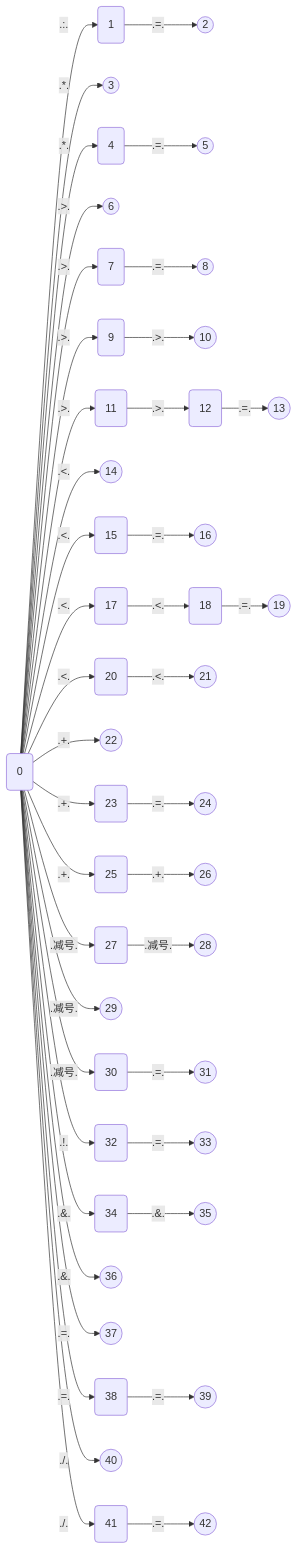
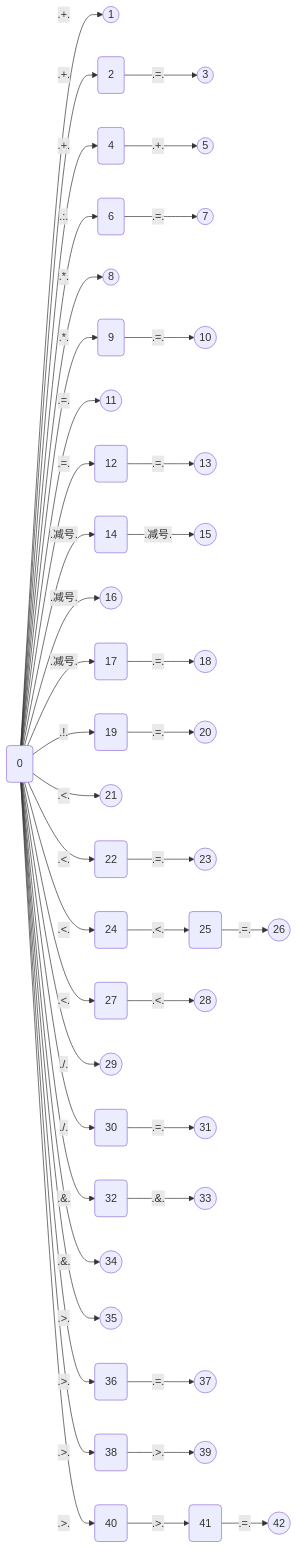
Before and after one commit to Lxy417165709/translater: the diagram in doc/gen/LexicalInformation/stateMachine/O 状态机.md, drawn with Mermaid. The commit also changed 24 other files, not shown here.

````diff
--- a/doc/gen/LexicalInformation/stateMachine/O 状态机.md
+++ b/doc/gen/LexicalInformation/stateMachine/O 状态机.md
@@ -1,45 +1,45 @@
 ```mermaid
 graph LR
-id:1(1) -- .=. --> id:2((2))
-id:0(0) -- .:. --> id:1(1)
-id:0(0) -- .*. --> id:3((3))
-id:4(4) -- .=. --> id:5((5))
-id:0(0) -- .*. --> id:4(4)
-id:0(0) -- .>. --> id:6((6))
-id:7(7) -- .=. --> id:8((8))
-id:0(0) -- .>. --> id:7(7)
-id:9(9) -- .>. --> id:10((10))
-id:0(0) -- .>. --> id:9(9)
+id:0(0) -- .+. --> id:1((1))
+id:2(2) -- .=. --> id:3((3))
+id:0(0) -- .+. --> id:2(2)
+id:4(4) -- .+. --> id:5((5))
+id:0(0) -- .+. --> id:4(4)
+id:6(6) -- .=. --> id:7((7))
+id:0(0) -- .:. --> id:6(6)
+id:0(0) -- .*. --> id:8((8))
+id:9(9) -- .=. --> id:10((10))
+id:0(0) -- .*. --> id:9(9)
+id:0(0) -- .=. --> id:11((11))
 id:12(12) -- .=. --> id:13((13))
-id:11(11) -- .>. --> id:12(12)
-id:0(0) -- .>. --> id:11(11)
-id:0(0) -- .<. --> id:14((14))
-id:15(15) -- .=. --> id:16((16))
-id:0(0) -- .<. --> id:15(15)
-id:18(18) -- .=. --> id:19((19))
-id:17(17) -- .<. --> id:18(18)
-id:0(0) -- .<. --> id:17(17)
-id:20(20) -- .<. --> id:21((21))
-id:0(0) -- .<. --> id:20(20)
-id:0(0) -- .+. --> id:22((22))
-id:23(23) -- .=. --> id:24((24))
-id:0(0) -- .+. --> id:23(23)
-id:25(25) -- .+. --> id:26((26))
-id:0(0) -- .+. --> id:25(25)
-id:27(27) -- .减号. --> id:28((28))
-id:0(0) -- .减号. --> id:27(27)
-id:0(0) -- .减号. --> id:29((29))
+id:0(0) -- .=. --> id:12(12)
+id:14(14) -- .减号. --> id:15((15))
+id:0(0) -- .减号. --> id:14(14)
+id:0(0) -- .减号. --> id:16((16))
+id:17(17) -- .=. --> id:18((18))
+id:0(0) -- .减号. --> id:17(17)
+id:19(19) -- .=. --> id:20((20))
+id:0(0) -- .!. --> id:19(19)
+id:0(0) -- .<. --> id:21((21))
+id:22(22) -- .=. --> id:23((23))
+id:0(0) -- .<. --> id:22(22)
+id:25(25) -- .=. --> id:26((26))
+id:24(24) -- .<. --> id:25(25)
+id:0(0) -- .<. --> id:24(24)
+id:27(27) -- .<. --> id:28((28))
+id:0(0) -- .<. --> id:27(27)
+id:0(0) -- ./. --> id:29((29))
 id:30(30) -- .=. --> id:31((31))
-id:0(0) -- .减号. --> id:30(30)
-id:32(32) -- .=. --> id:33((33))
-id:0(0) -- .!. --> id:32(32)
-id:34(34) -- .&. --> id:35((35))
-id:0(0) -- .&. --> id:34(34)
-id:0(0) -- .&. --> id:36((36))
-id:0(0) -- .=. --> id:37((37))
-id:38(38) -- .=. --> id:39((39))
-id:0(0) -- .=. --> id:38(38)
-id:0(0) -- ./. --> id:40((40))
+id:0(0) -- ./. --> id:30(30)
+id:32(32) -- .&. --> id:33((33))
+id:0(0) -- .&. --> id:32(32)
+id:0(0) -- .&. --> id:34((34))
+id:0(0) -- .>. --> id:35((35))
+id:36(36) -- .=. --> id:37((37))
+id:0(0) -- .>. --> id:36(36)
+id:38(38) -- .>. --> id:39((39))
+id:0(0) -- .>. --> id:38(38)
 id:41(41) -- .=. --> id:42((42))
-id:0(0) -- ./. --> id:41(41)
+id:40(40) -- .>. --> id:41(41)
+id:0(0) -- .>. --> id:40(40)
 ```
````
